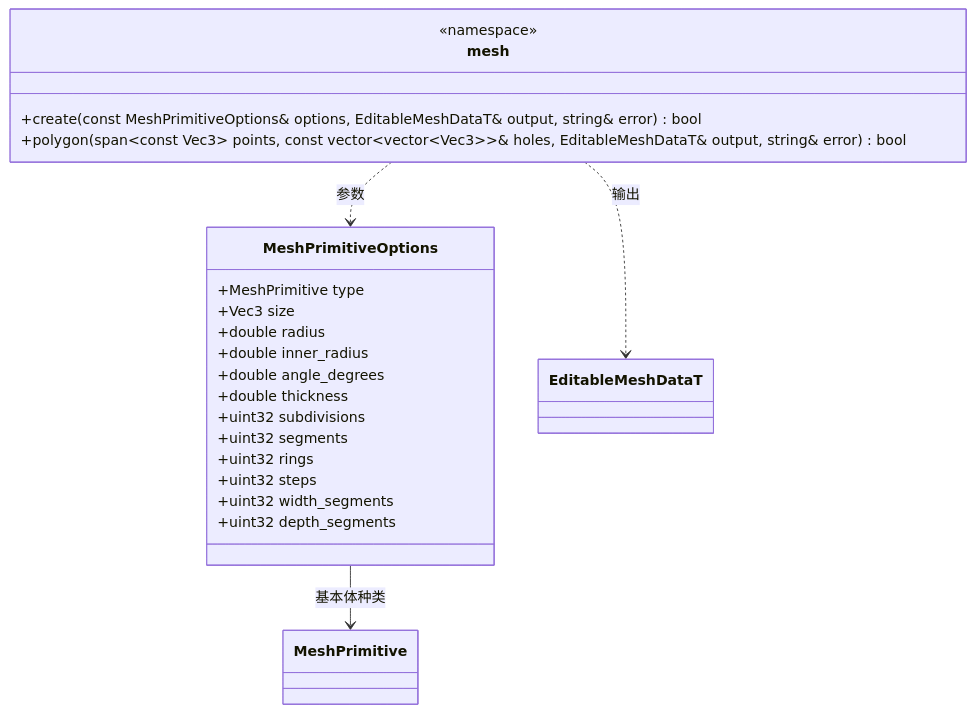
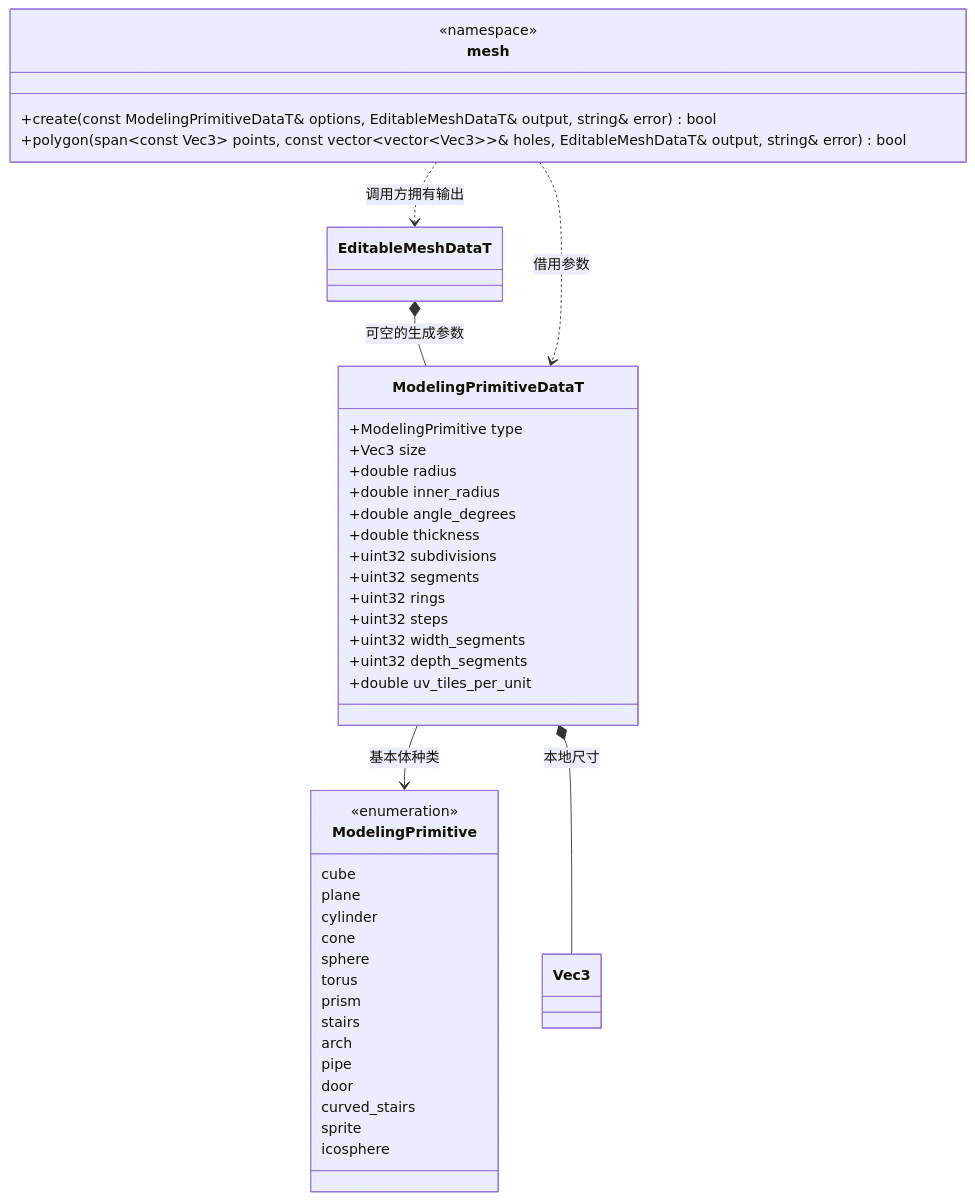
The diagram in docs/plugins/editor/class-diagrams/mesh-primitives.md (lcals/Engine), drawn with Mermaid before and after one commit. The commit also changed other lines of this file and 601 other files, not shown here.

````diff
--- a/docs/plugins/editor/class-diagrams/mesh-primitives.md
+++ b/docs/plugins/editor/class-diagrams/mesh-primitives.md
@@ -5,27 +9,47 @@
 ```mermaid
 classDiagram
     class mesh {
         <<namespace>>
-        +create(const MeshPrimitiveOptions& options, EditableMeshDataT& output, string& error) bool
+        +create(const ModelingPrimitiveDataT& options, EditableMeshDataT& output, string& error) bool
         +polygon(span~const Vec3~ points, const vector~vector~Vec3~~& holes, EditableMeshDataT& output, string& error) bool
     }
-    class MeshPrimitiveOptions {
-        +MeshPrimitive type
+    class ModelingPrimitiveDataT {
+        +ModelingPrimitive type
         +Vec3 size
         +double radius
         +double inner_radius
         +double angle_degrees
         +double thickness
         +uint32 subdivisions
         +uint32 segments
         +uint32 rings
         +uint32 steps
         +uint32 width_segments
         +uint32 depth_segments
+        +double uv_tiles_per_unit
     }
-    class MeshPrimitive
+    class ModelingPrimitive {
+        <<enumeration>>
+        cube
+        plane
+        cylinder
+        cone
+        sphere
+        torus
+        prism
+        stairs
+        arch
+        pipe
+        door
+        curved_stairs
+        sprite
+        icosphere
+    }
     class EditableMeshDataT
-    MeshPrimitiveOptions --> MeshPrimitive : 基本体种类
-    mesh ..> MeshPrimitiveOptions : 参数
-    mesh ..> EditableMeshDataT : 输出
+    class Vec3
+    ModelingPrimitiveDataT --> ModelingPrimitive : 基本体种类
+    ModelingPrimitiveDataT *-- Vec3 : 本地尺寸
+    EditableMeshDataT *-- ModelingPrimitiveDataT : 可空的生成参数
+    mesh ..> ModelingPrimitiveDataT : 借用参数
+    mesh ..> EditableMeshDataT : 调用方拥有输出
 ```
````
